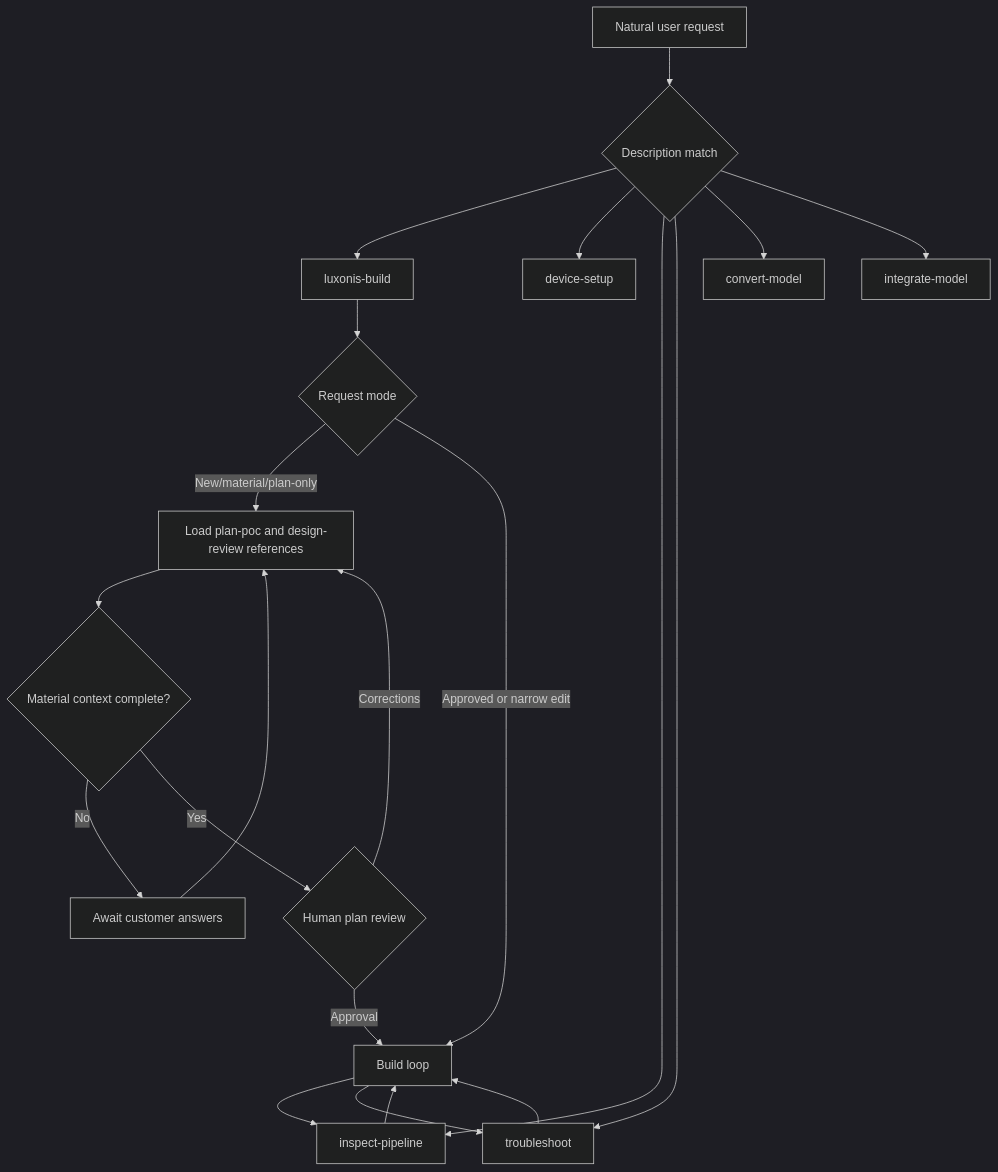
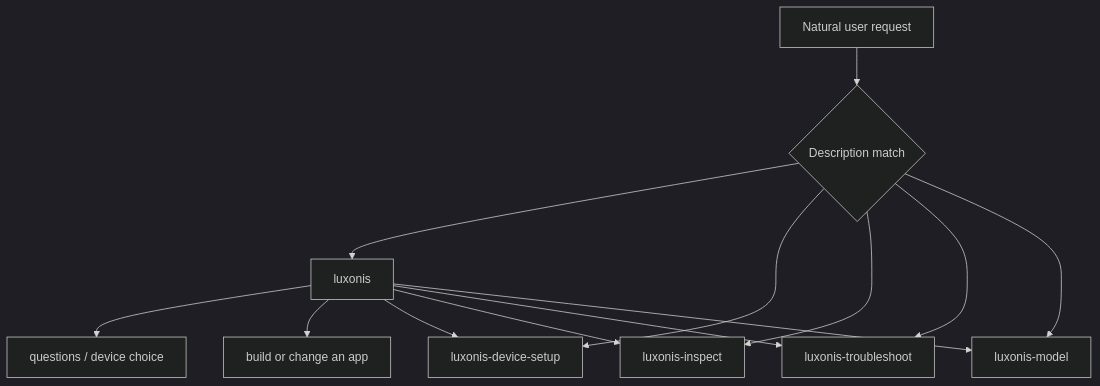
The diagram in docs/architecture.md (luxonis/skills), drawn with Mermaid (dark theme) before and after one commit. The commit also changed other lines of this file and 63 other files, not shown here.

````diff
--- a/docs/architecture.md
+++ b/docs/architecture.md
@@ -10,24 +14,15 @@
 ```mermaid
 flowchart TD
     U["Natural user request"] --> S{"Description match"}
-    S --> B["luxonis-build"]
-    S --> D["device-setup"]
-    S --> X["inspect-pipeline"]
-    S --> T["troubleshoot"]
-    S --> C["convert-model"]
-    S --> I["integrate-model"]
-
-    B --> M{"Request mode"}
-    M -->|"New/material/plan-only"| P["Load plan-poc and design-review references"]
-    M -->|"Approved or narrow edit"| L["Build loop"]
-    P --> Q{"Material context complete?"}
-    Q -->|"No"| A["Await customer answers"]
-    A --> P
-    Q -->|"Yes"| R{"Human plan review"}
-    R -->|"Corrections"| P
-    R -->|"Approval"| L
+    S --> L["luxonis"]
+    S --> D["luxonis-device-setup"]
+    S --> X["luxonis-inspect"]
+    S --> T["luxonis-troubleshoot"]
+    S --> M["luxonis-model"]
+    L --> Q["questions / device choice"]
+    L --> A["build or change an app"]
+    L --> D
     L --> X
-    X --> L
     L --> T
-    T --> L
+    L --> M
 ```
````
